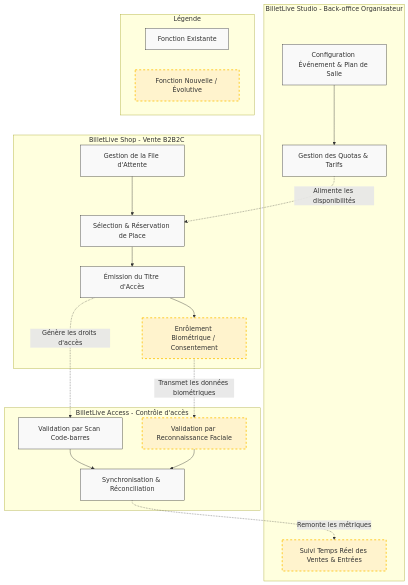
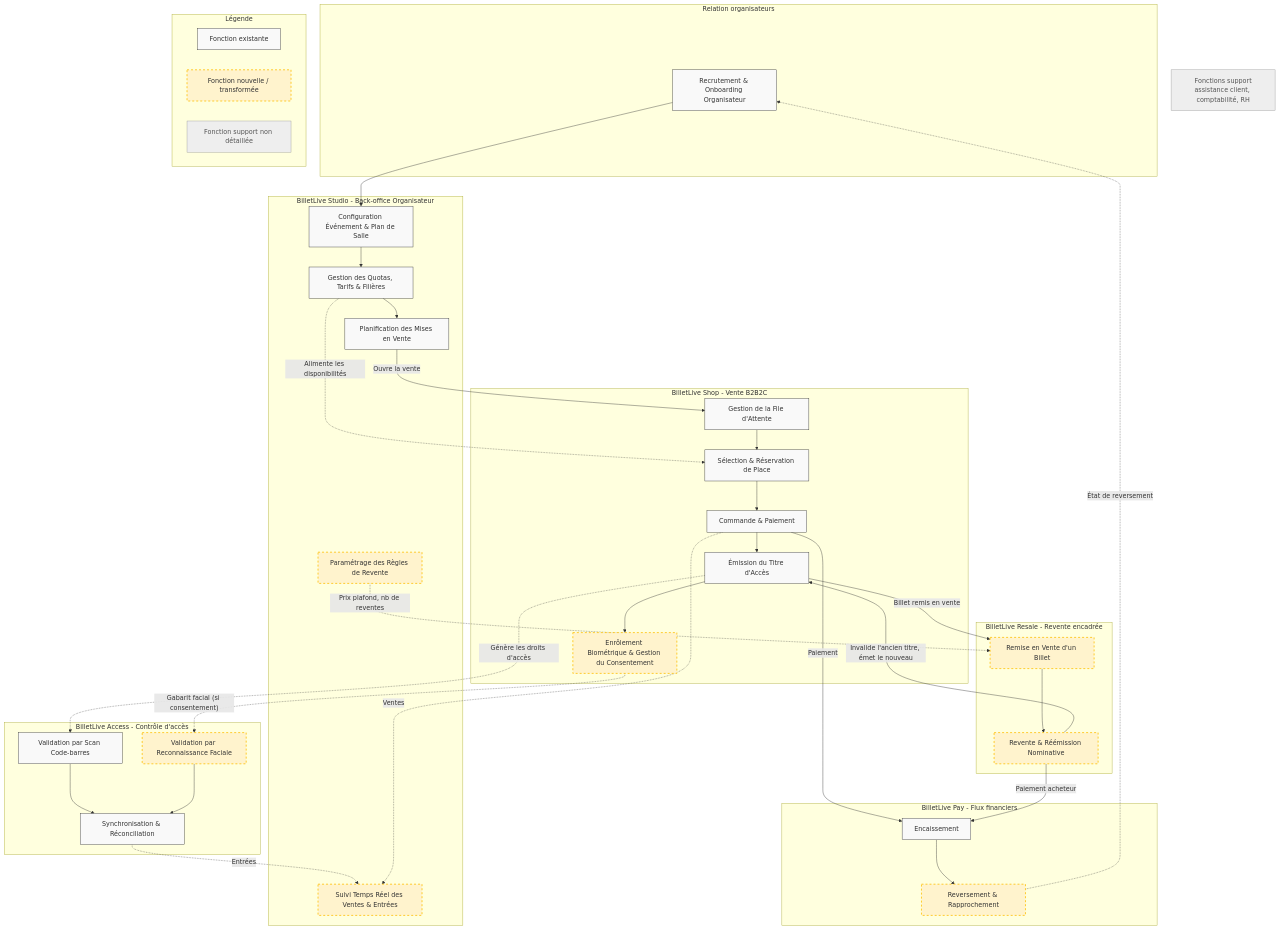
One commit to caioescorcio/CY03_Architecture changed the first of 2 diagrams in BilletLive_02_vue_metier.md. Above: the diagram before and after it, drawn with Mermaid. The commit also changed other lines of this file and 9 other files, not shown here.

````diff
--- a/BilletLive_02_vue_metier.md
+++ b/BilletLive_02_vue_metier.md
@@ -8,41 +8,83 @@
 graph TD
     classDef default fill:#f9f9f9,stroke:#333,stroke-width:1px;
     classDef evolution fill:#fff3cd,stroke:#ffc107,stroke-width:2px,stroke-dasharray: 5 5;
+    classDef support fill:#eeeeee,stroke:#999,stroke-width:1px,color:#555;
 
-    subgraph BilletLive Studio [BilletLive Studio - Back-office Organisateur]
+    subgraph Relation [Relation organisateurs]
+        F11[Recrutement & Onboarding Organisateur]
+    end
+
+    subgraph Studio [BilletLive Studio - Back-office Organisateur]
         F1[Configuration Événement & Plan de Salle]
-        F2[Gestion des Quotas & Tarifs]
+        F2[Gestion des Quotas, Tarifs & Filières]
+        F12[Planification des Mises en Vente]
+        F13[Paramétrage des Règles de Revente]:::evolution
         F3[Suivi Temps Réel des Ventes & Entrées]:::evolution
     end
 
-    subgraph BilletLive Shop [BilletLive Shop - Vente B2B2C]
+    subgraph Shop [BilletLive Shop - Vente B2B2C]
         F4[Gestion de la File d'Attente]
         F5[Sélection & Réservation de Place]
+        F14[Commande & Paiement]
         F6[Émission du Titre d'Accès]
-        F7[Enrôlement Biométrique / Consentement]:::evolution
+        F7[Enrôlement Biométrique & Gestion du Consentement]:::evolution
     end
 
-    subgraph BilletLive Access [BilletLive Access - Contrôle d'accès]
+    subgraph Resale [BilletLive Resale - Revente encadrée]
+        F15[Remise en Vente d'un Billet]:::evolution
+        F16[Revente & Réémission Nominative]:::evolution
+    end
+
+    subgraph Pay [BilletLive Pay - Flux financiers]
+        F17[Encaissement]
+        F18[Reversement & Rapprochement]:::evolution
+    end
+
+    subgraph Access [BilletLive Access - Contrôle d'accès]
         F8[Validation par Scan Code-barres]
         F9[Validation par Reconnaissance Faciale]:::evolution
         F10[Synchronisation & Réconciliation]
     end
 
-    %% Enchaînements
+    FS[Fonctions support<br/>assistance client, comptabilité, RH]:::support
+
+    %% Préparation
+    F11 --> F1
     F1 --> F2
-    F2 -. "Alimente les disponibilités" .-> F5
+    F2 --> F12
+    F12 -->|"Ouvre la vente"| F4
+    F2 -.->|"Alimente les disponibilités"| F5
+    F13 -.->|"Prix plafond, nb de reventes"| F15
+
+    %% Vente
     F4 --> F5
-    F5 --> F6
-    F6 -. "Génère les droits d'accès" .-> F8
+    F5 --> F14
+    F14 -->|"Paiement"| F17
+    F14 --> F6
+    F6 -.->|"Génère les droits d'accès"| F8
     F6 --> F7
-    F7 -. "Transmet les données biométriques" .-> F9
+    F7 -.->|"Gabarit facial (si consentement)"| F9
+
+    %% Revente
+    F6 -->|"Billet remis en vente"| F15
+    F15 --> F16
+    F16 -->|"Paiement acheteur"| F17
+    F16 -->|"Invalide l'ancien titre, émet le nouveau"| F6
+
+    %% Jour J
     F8 --> F10
     F9 --> F10
-    F10 -. "Remonte les métriques" .-> F3
+    F10 -.->|"Entrées"| F3
+    F14 -.->|"Ventes"| F3
+
+    %% Finance
+    F17 --> F18
+    F18 -.->|"État de reversement"| F11
 
     %% Légende
     subgraph Légende
-        L1[Fonction Existante]
-        L2[Fonction Nouvelle / Évolutive]:::evolution
+        L1[Fonction existante]
+        L2[Fonction nouvelle / transformée]:::evolution
+        L3[Fonction support non détaillée]:::support
     end
 ```
````
